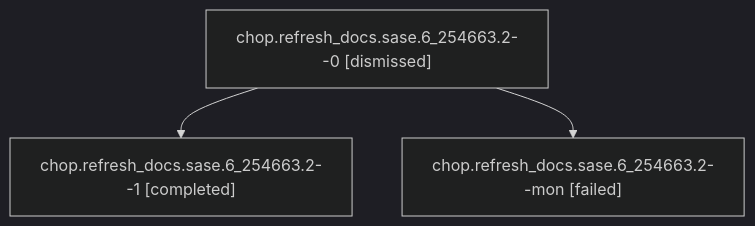
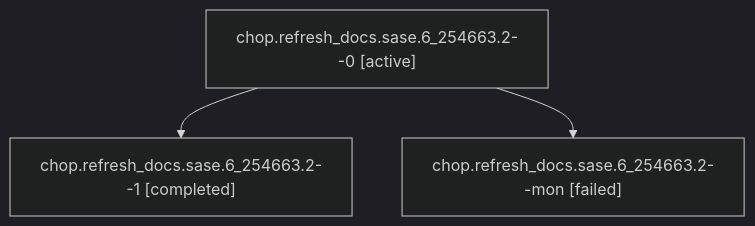
Before and after one commit to sase-org/sase--agents: the diagram in families/bbugyi200.athena.chop.refresh_docs.sase.6_254663.2.md, drawn with Mermaid (dark theme). The commit also changed other lines of this file and 236 other files, not shown here.

````diff
--- a/families/bbugyi200.athena.chop.refresh_docs.sase.6_254663.2.md
+++ b/families/bbugyi200.athena.chop.refresh_docs.sase.6_254663.2.md
@@ -9,8 +9,8 @@
 ```mermaid
 flowchart TD
-  n0["chop.refresh_docs.sase.6_254663.2--0 [dismissed]"]
+  n0["chop.refresh_docs.sase.6_254663.2--0 [active]"]
   n1["chop.refresh_docs.sase.6_254663.2--1 [completed]"]
   n0 --> n1
   n2["chop.refresh_docs.sase.6_254663.2--mon [failed]"]
   n0 --> n2
 ```
````
